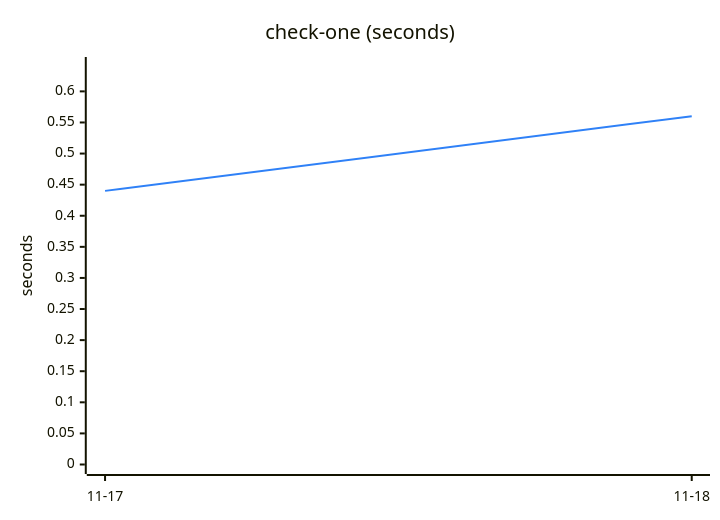
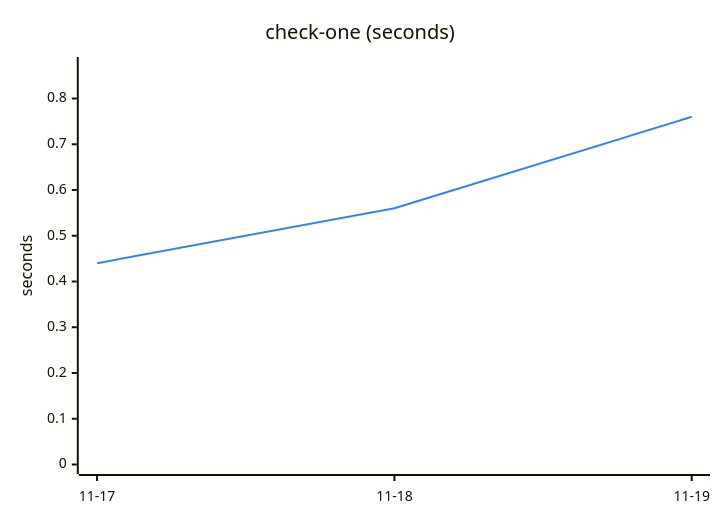
One commit to Ricovl/mxcli changed the fourth of 6 diagrams in TREND.md. Above: the diagram before and after it, drawn with Mermaid. The commit also changed other lines of this file and 2 other files, not shown here.

````diff
--- a/TREND.md
+++ b/TREND.md
@@ -97,13 +97,13 @@
 ```mermaid
 ---
 config:
   themeVariables:
     xyChart:
       plotColorPalette: "#2f81f7"
 ---
 xychart-beta
     title "check-one (seconds)"
-    x-axis ["11-17", "11-18"]
-    y-axis "seconds" 0 --> 0.64
-    line [0.44, 0.56]
+    x-axis ["11-17", "11-18", "11-19"]
+    y-axis "seconds" 0 --> 0.87
+    line [0.44, 0.56, 0.76]
 ```
````
